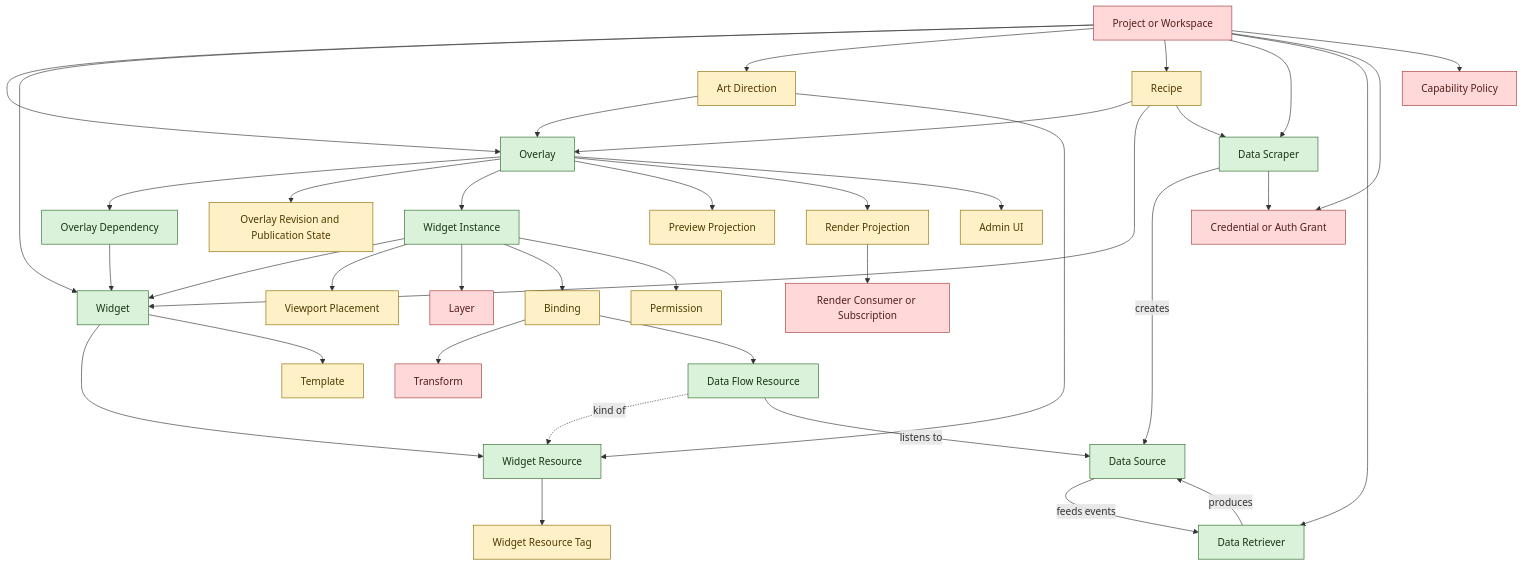
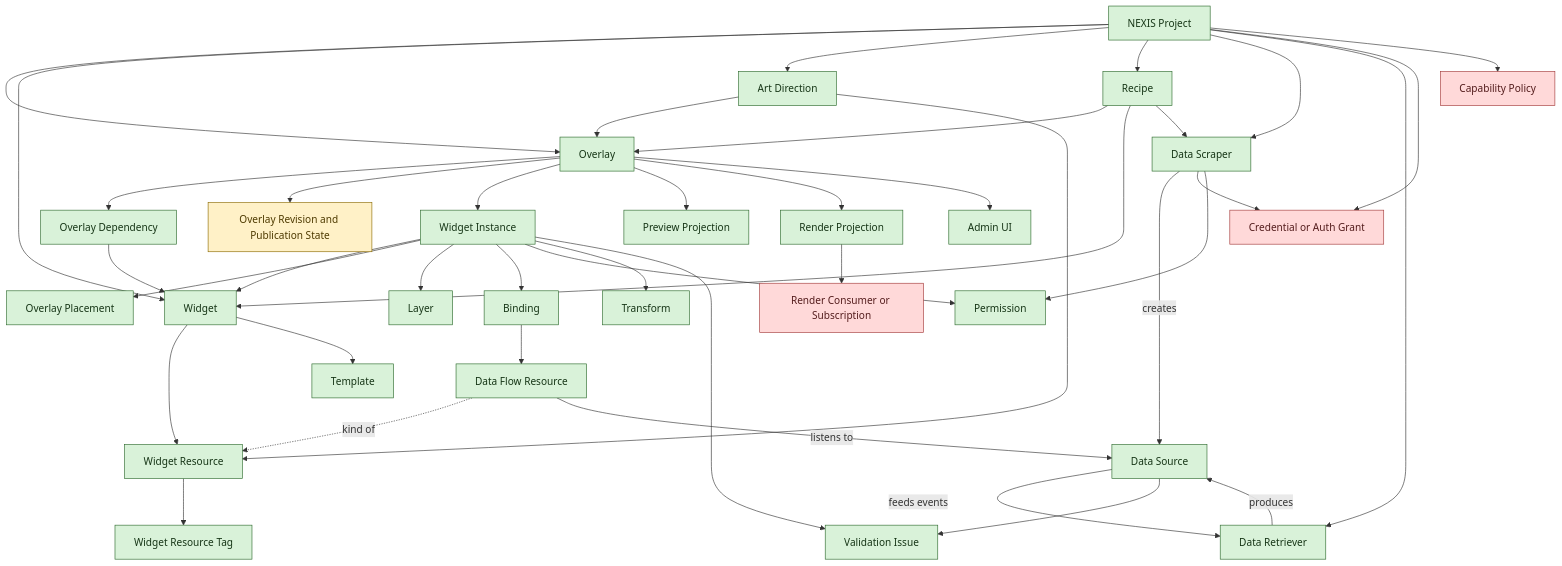
The diagram in GLOSSARY.md (kane-thornwyrd/nexis), drawn with Mermaid before and after one commit. The commit also changed other lines of this file and 4 other files, not shown here.

````diff
--- a/GLOSSARY.md
+++ b/GLOSSARY.md
@@ -931,6 +1039,6 @@
 ```mermaid
 graph TD
-  Project[Project or Workspace]
+  Project[NEXIS Project]
   Overlay[Overlay]
   OverlayDependency[Overlay Dependency]
   Revision[Overlay Revision and Publication State]
@@ -945,10 +1053,11 @@
   DataFlowResource[Data Flow Resource]
   WidgetInstance[Widget Instance]
   Template[Template]
-  Placement[Viewport Placement]
+  Placement[Overlay Placement]
   Layer[Layer]
   Binding[Binding]
   Transform[Transform]
+  ValidationIssue[Validation Issue]
   Credential[Credential or Auth Grant]
   Permission[Permission]
   Policy[Capability Policy]
@@ -983,6 +1092,7 @@
   Widget --> Template
   DataScraper -->|creates| DataSource
   DataScraper --> Credential
+  DataScraper --> Permission
   DataSource -->|feeds events| DataRetriever
   DataRetriever -->|produces| DataSource
   WidgetInstance --> Widget
@@ -990,8 +1100,10 @@
   WidgetInstance --> Layer
   WidgetInstance --> Binding
   WidgetInstance --> Permission
-  Binding --> Transform
+  WidgetInstance --> Transform
+  WidgetInstance --> ValidationIssue
   Binding --> DataFlowResource
+  DataSource --> ValidationIssue
   DataFlowResource -->|listens to| DataSource
   Render --> Subscription
 
@@ -999,7 +1111,11 @@
   classDef underdefined fill:#fff1c7,stroke:#8b6b00,color:#4e3a00;
   classDef missing fill:#ffd9d9,stroke:#a33a3a,color:#541d1d;
 
-  class Overlay,OverlayDependency,Widget,WidgetResource,DataScraper,DataRetriever,DataSource,DataFlowResource,WidgetInstance defined;
-  class Template,Placement,Permission,Preview,Render,Admin,Revision,Binding,ResourceTag,ArtDirection,Recipe underdefined;
-  class Project,Layer,Transform,Credential,Policy,Subscription missing;
+  class Overlay,OverlayDependency,Widget,WidgetResource,ArtDirection,DataScraper,DataRetriever,DataSource,DataFlowResource,WidgetInstance,Template,Placement,Layer,Transform,ValidationIssue,Permission,ResourceTag,Recipe defined;
+  class Revision underdefined;
+  class Binding defined;
+  class Preview,Render defined;
+  class Admin defined;
+  class Project defined;
+  class Credential,Policy,Subscription missing;
 ```
````
